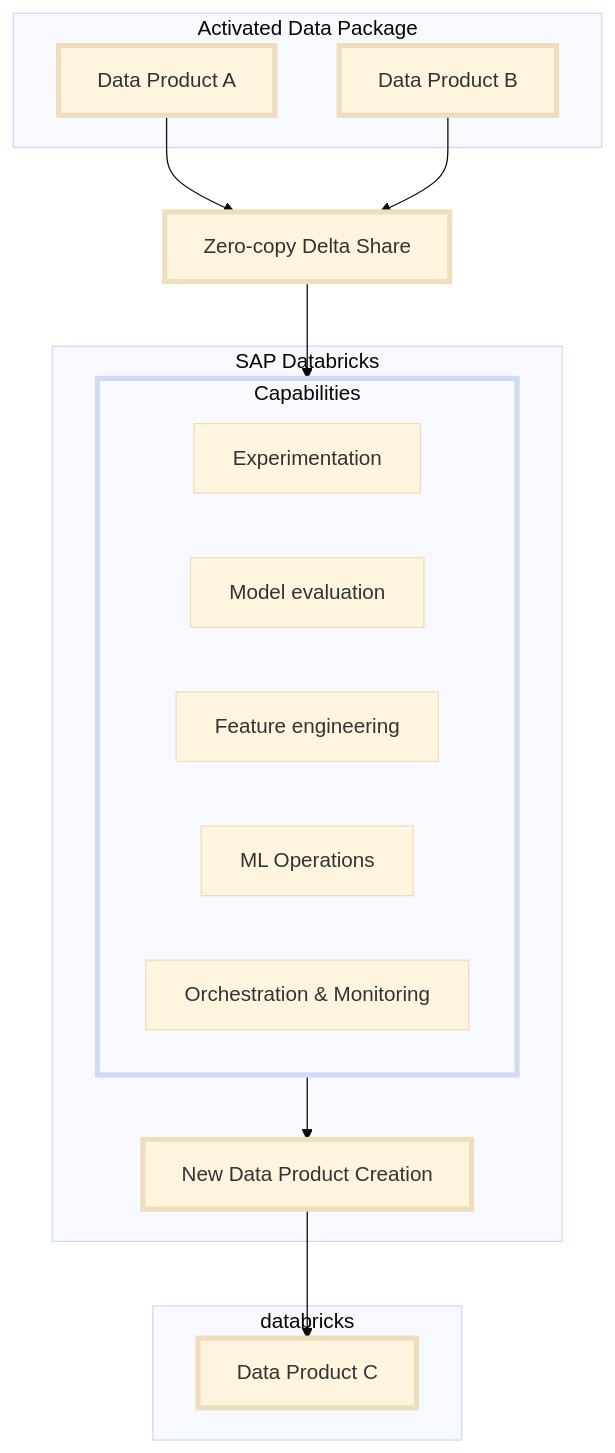
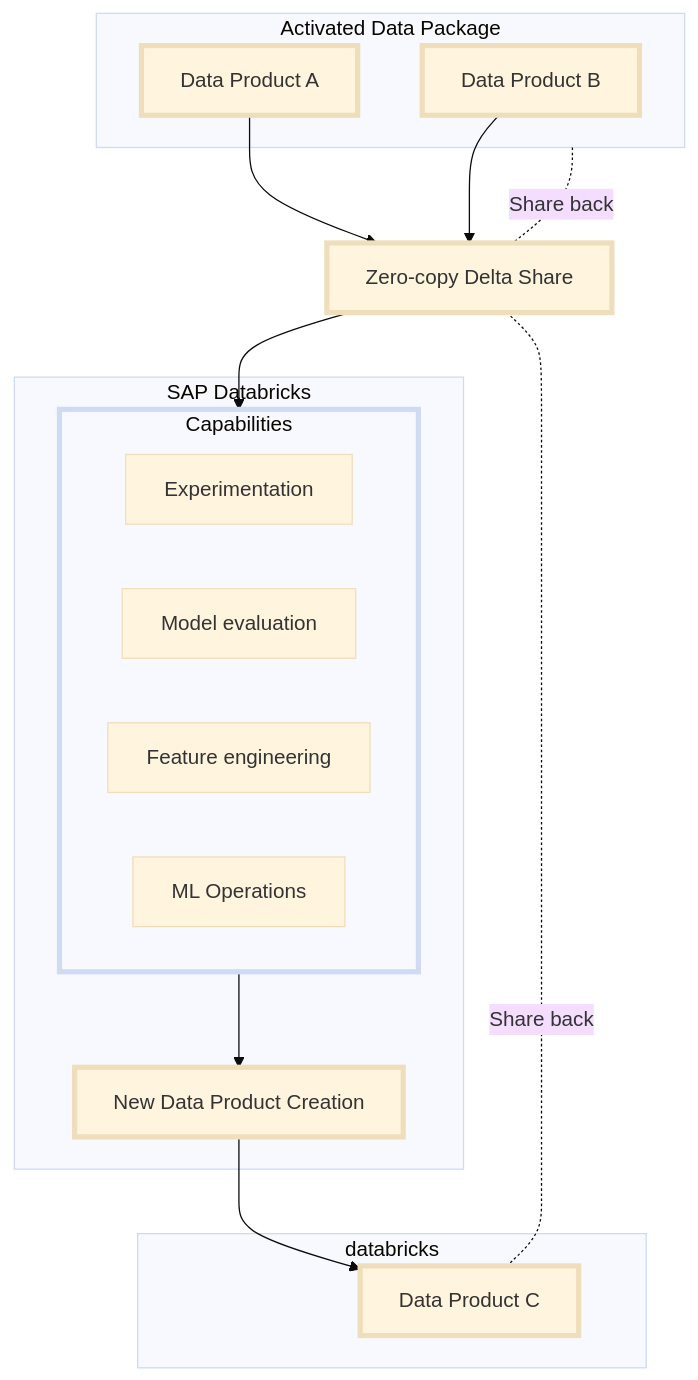
The diagram in docs/ref-arch/RA0013/4-sap-databricks-in-business-data-cloud/readme.md (SAP/architecture-center), drawn with Mermaid (base theme) before and after one commit. The commit also changed other lines of this file, not shown here.

Commit message:
updates to SAP databricks section

````diff
--- a/docs/ref-arch/RA0013/4-sap-databricks-in-business-data-cloud/readme.md
+++ b/docs/ref-arch/RA0013/4-sap-databricks-in-business-data-cloud/readme.md
@@ -104,34 +104,36 @@
 ```mermaid
 flowchart TD
 classDef largeNode stroke-width:4px;
-    subgraph Activated Data Package
+    subgraph Activated_Data_Package[Activated Data Package]
         Data_Product_A[Data Product A]:::largeNode
         Data_Product_B[Data Product B]:::largeNode
     end
 
     Zero_copy_Delta_Share[Zero-copy Delta Share]:::largeNode
 
-    subgraph SAP Databricks
+    subgraph SAP_Databricks[SAP Databricks]
         subgraph Data_Capabilities[Capabilities]
             Experimentation[Experimentation]
             Model_evaluation[Model evaluation]
             Feature_engineering[Feature engineering]
             Machine_Learning_Operations[ML Operations]
-            Orchestration_and_Monitoring[Orchestration & Monitoring]
         end
         Data_Product_Creation[New Data Product Creation]:::largeNode
     end
 
     subgraph databricks
         Data_Product_C[Data Product C]:::largeNode
     end
 
-    Data_Product_Creation --> Data_Product_C
-
     Data_Product_A --> Zero_copy_Delta_Share
     Data_Product_B --> Zero_copy_Delta_Share
     Zero_copy_Delta_Share --> Data_Capabilities
     Data_Capabilities --> Data_Product_Creation
+    Data_Product_Creation --> Data_Product_C
+
+    %% Annotations for reverse flow
+    Zero_copy_Delta_Share -.-|Share back| Data_Product_C
+    Activated_Data_Package -.-|Share back| Zero_copy_Delta_Share
 
     style Data_Capabilities stroke-width:4px
 ```
````
